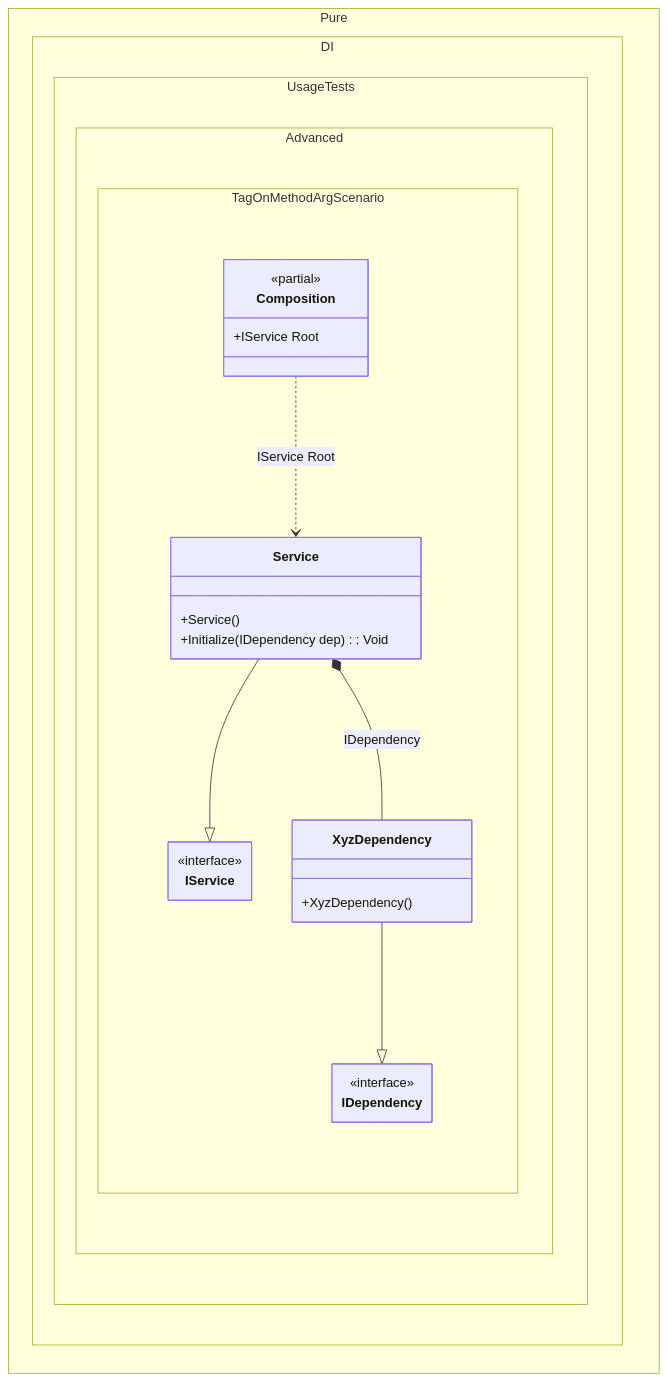
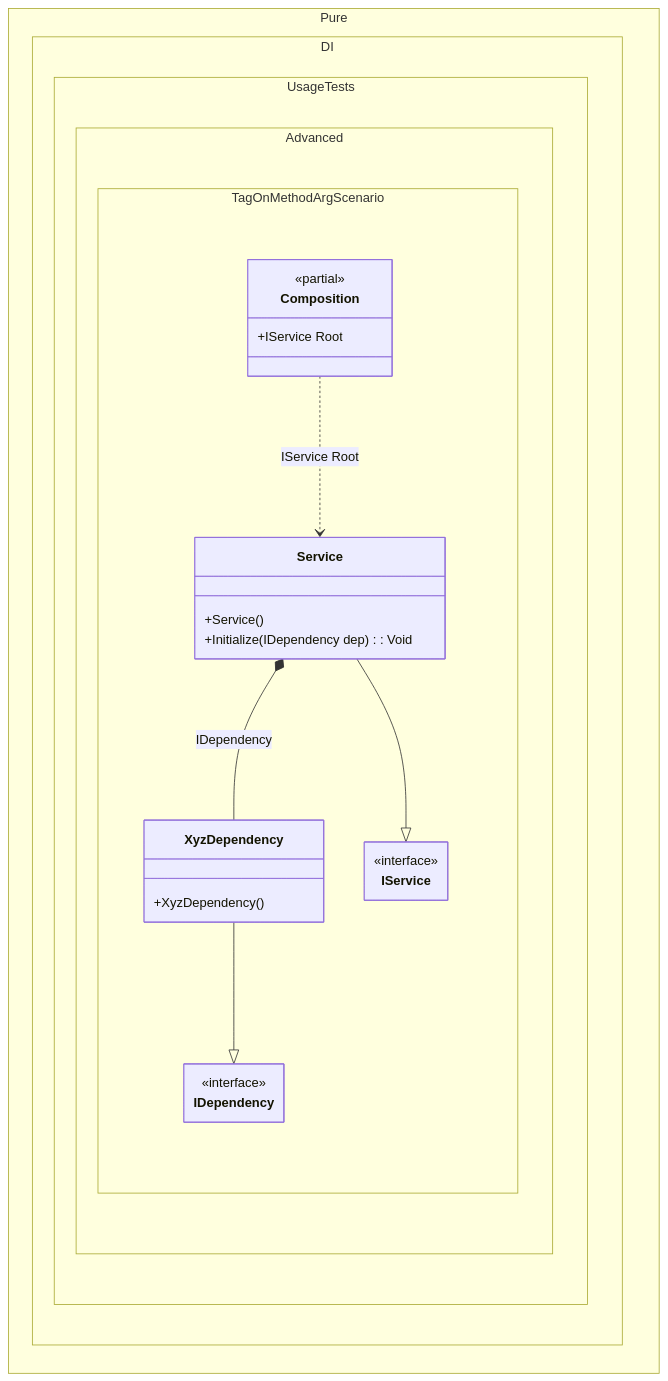
One commit to DevTeam/Pure.DI changed the diagram in readme/tag-on-a-method-argument.md. Above: the diagram before and after it, drawn with Mermaid. The commit also changed other lines of this file and 113 other files, not shown here.

````diff
--- a/readme/tag-on-a-method-argument.md
+++ b/readme/tag-on-a-method-argument.md
@@ -107,31 +107,31 @@
 ```mermaid
 ---
  config:
   class:
    hideEmptyMembersBox: true
 ---
 classDiagram
+	XyzDependency --|> IDependency
 	Service --|> IService
-	XyzDependency --|> IDependency
 	Composition ..> Service : IService Root
 	Service *--  XyzDependency : IDependency
 	namespace Pure.DI.UsageTests.Advanced.TagOnMethodArgScenario {
 		class Composition {
 		<<partial>>
 		+IService Root
 		}
 		class IDependency {
 			<<interface>>
 		}
 		class IService {
 			<<interface>>
 		}
 		class Service {
 			+Service()
 			+Initialize(IDependency dep) : Void
 		}
 		class XyzDependency {
 			+XyzDependency()
 		}
 	}
 ```
````
